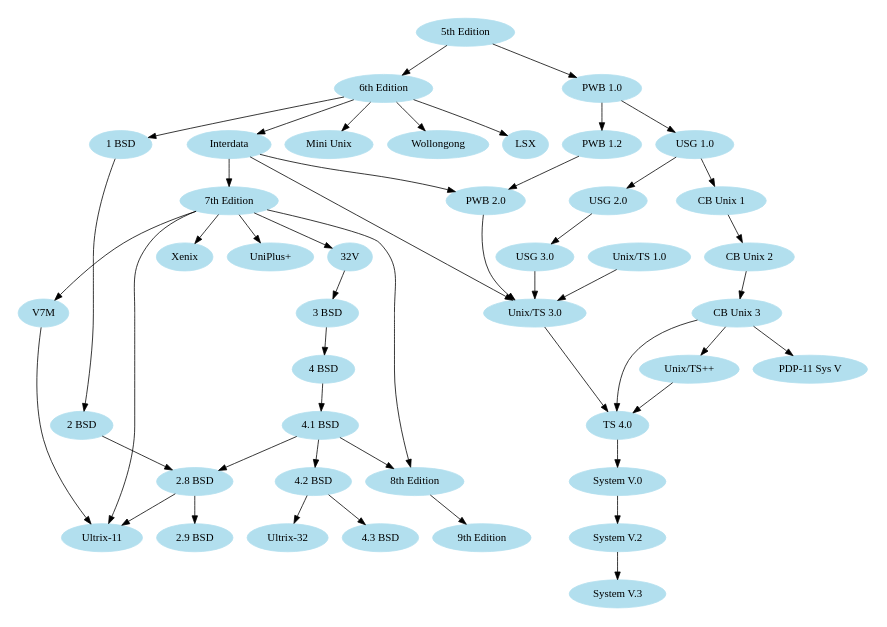
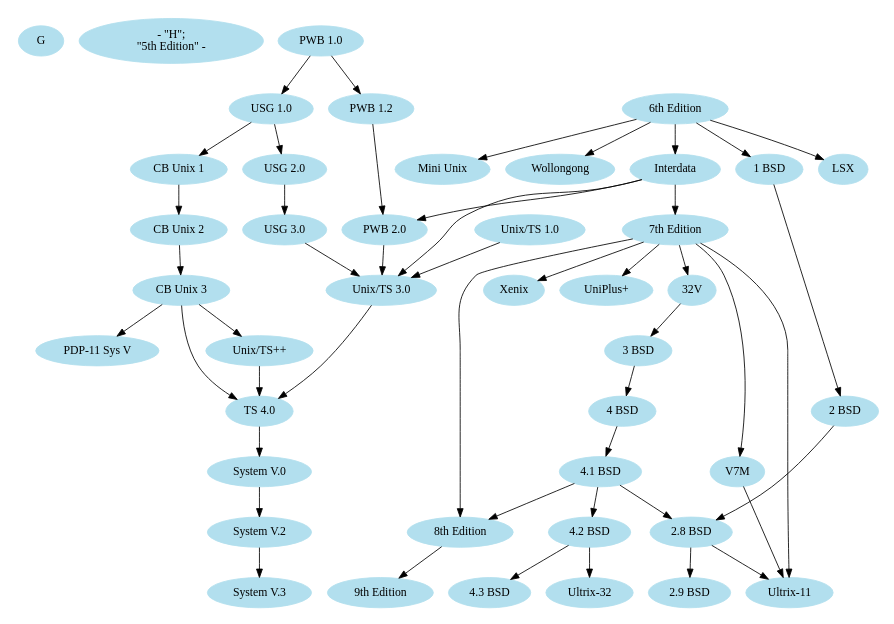
The diagram in unix.dot (greatgauss/graphviz_script), drawn with Graphviz before and after one commit. The commit also changed 1 other file, not shown here.

```diff
--- a/unix.dot
+++ b/unix.dot
@@ -1,54 +1,54 @@
 /* courtesy Ian Darwin and Geoff Collyer, Softquad Inc. */
 digraph unix {
 	size="6,6";
 	node [color=lightblue2, style=filled];
-	"5th Edition" -> "6th Edition";
+	"G" <- "H";
 	"5th Edition" -> "PWB 1.0";
 	"6th Edition" -> "LSX";
 	"6th Edition" -> "1 BSD";
 	"6th Edition" -> "Mini Unix";
 	"6th Edition" -> "Wollongong";
 	"6th Edition" -> "Interdata";
 	"Interdata" -> "Unix/TS 3.0";
 	"Interdata" -> "PWB 2.0";
 	"Interdata" -> "7th Edition";
 	"7th Edition" -> "8th Edition";
 	"7th Edition" -> "32V";
 	"7th Edition" -> "V7M";
 	"7th Edition" -> "Ultrix-11";
 	"7th Edition" -> "Xenix";
 	"7th Edition" -> "UniPlus+";
 	"V7M" -> "Ultrix-11";
 	"8th Edition" -> "9th Edition";
 	"1 BSD" -> "2 BSD";
 	"2 BSD" -> "2.8 BSD";
 	"2.8 BSD" -> "Ultrix-11";
 	"2.8 BSD" -> "2.9 BSD";
 	"32V" -> "3 BSD";
 	"3 BSD" -> "4 BSD";
 	"4 BSD" -> "4.1 BSD";
 	"4.1 BSD" -> "4.2 BSD";
 	"4.1 BSD" -> "2.8 BSD";
 	"4.1 BSD" -> "8th Edition";
 	"4.2 BSD" -> "4.3 BSD";
 	"4.2 BSD" -> "Ultrix-32";
 	"PWB 1.0" -> "PWB 1.2";
 	"PWB 1.0" -> "USG 1.0";
 	"PWB 1.2" -> "PWB 2.0";
 	"USG 1.0" -> "CB Unix 1";
 	"USG 1.0" -> "USG 2.0";
 	"CB Unix 1" -> "CB Unix 2";
 	"CB Unix 2" -> "CB Unix 3";
 	"CB Unix 3" -> "Unix/TS++";
 	"CB Unix 3" -> "PDP-11 Sys V";
 	"USG 2.0" -> "USG 3.0";
 	"USG 3.0" -> "Unix/TS 3.0";
 	"PWB 2.0" -> "Unix/TS 3.0";
 	"Unix/TS 1.0" -> "Unix/TS 3.0";
 	"Unix/TS 3.0" -> "TS 4.0";
 	"Unix/TS++" -> "TS 4.0";
 	"CB Unix 3" -> "TS 4.0";
 	"TS 4.0" -> "System V.0";
 	"System V.0" -> "System V.2";
 	"System V.2" -> "System V.3";
 }
```
